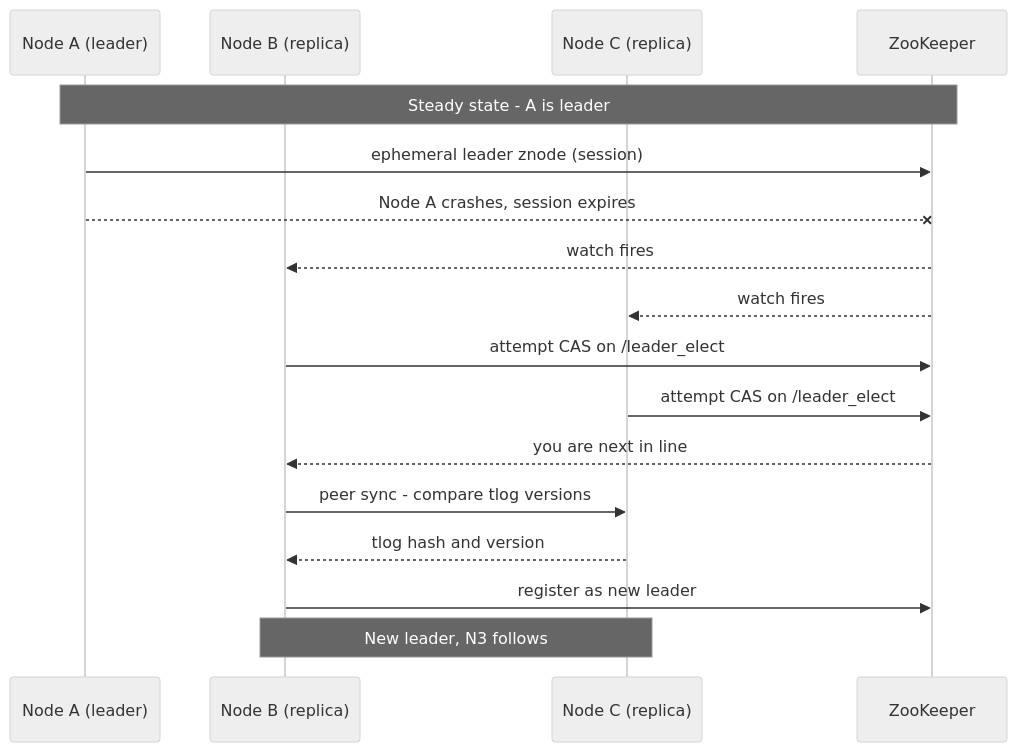
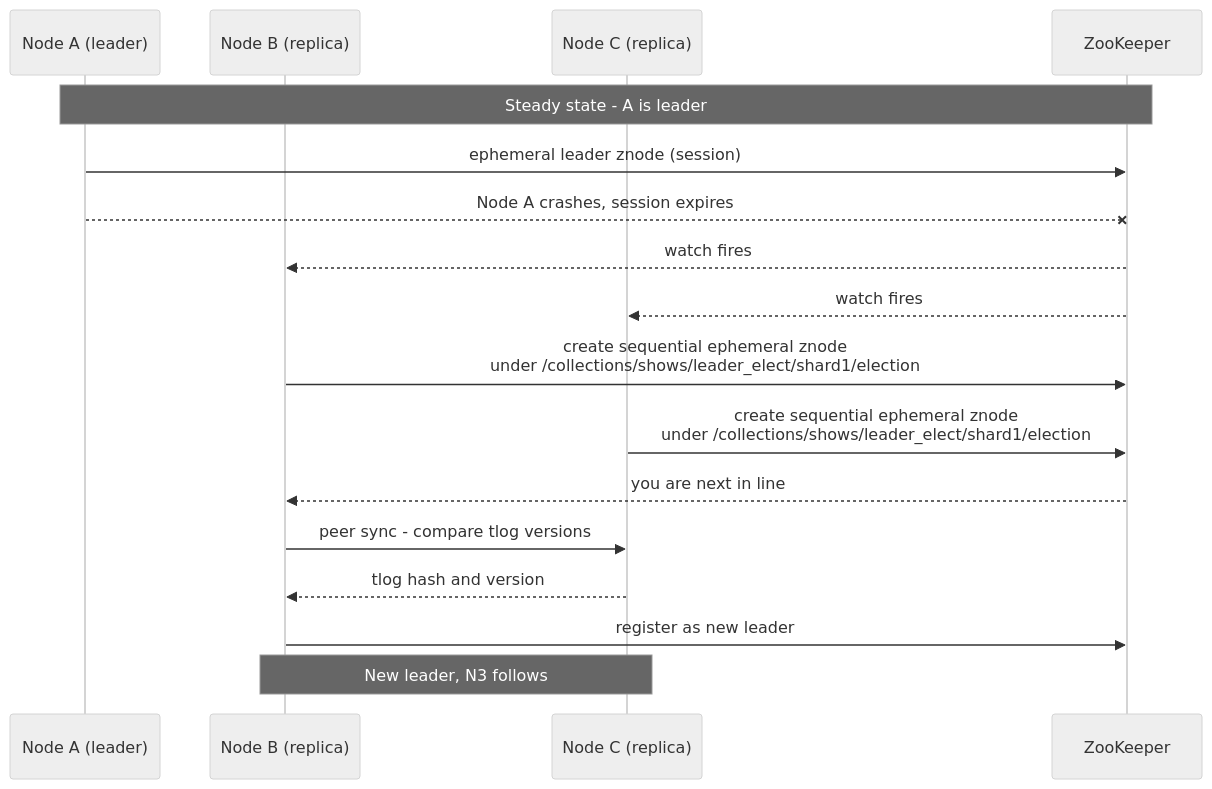
Before and after one commit to adityamparikh/solr-handbook: the third of 6 diagrams in chapters/04-solrcloud.qmd, drawn with Mermaid (neutral theme). The commit also changed other lines of this file and 8 other files, not shown here.

````diff
--- a/chapters/04-solrcloud.qmd
+++ b/chapters/04-solrcloud.qmd
@@ -126,21 +126,21 @@
 ```{mermaid}
 %%| label: fig-04-leader-election
 %%| fig-cap: "Leader election after a node crash: ZooKeeper watches fire, the lowest-sequenced follower wins the election znode race, peer-syncs with the survivor, and registers as the new leader."
 sequenceDiagram
     participant N1 as Node A (leader)
     participant N2 as Node B (replica)
     participant N3 as Node C (replica)
     participant ZK as ZooKeeper
     Note over N1,ZK: Steady state - A is leader
     N1->>ZK: ephemeral leader znode (session)
     N1--xZK: Node A crashes, session expires
     ZK-->>N2: watch fires
     ZK-->>N3: watch fires
-    N2->>ZK: attempt CAS on /leader_elect
-    N3->>ZK: attempt CAS on /leader_elect
+    N2->>ZK: create sequential ephemeral znode<br/>under /collections/shows/leader_elect/shard1/election
+    N3->>ZK: create sequential ephemeral znode<br/>under /collections/shows/leader_elect/shard1/election
     ZK-->>N2: you are next in line
     N2->>N3: peer sync - compare tlog versions
     N3-->>N2: tlog hash and version
     N2->>ZK: register as new leader
     Note over N2,N3: New leader, N3 follows
 ```
````
